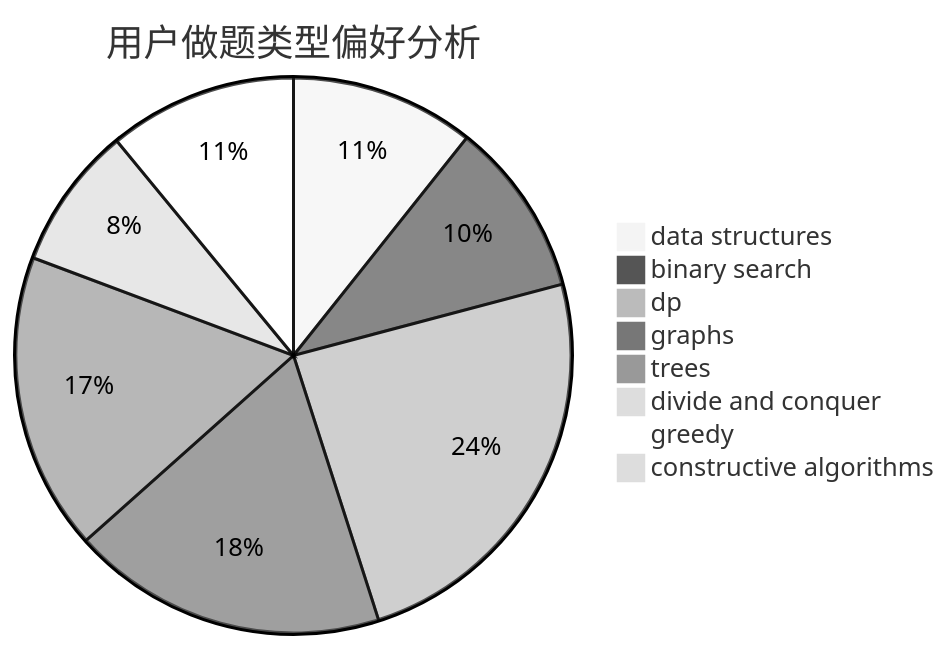
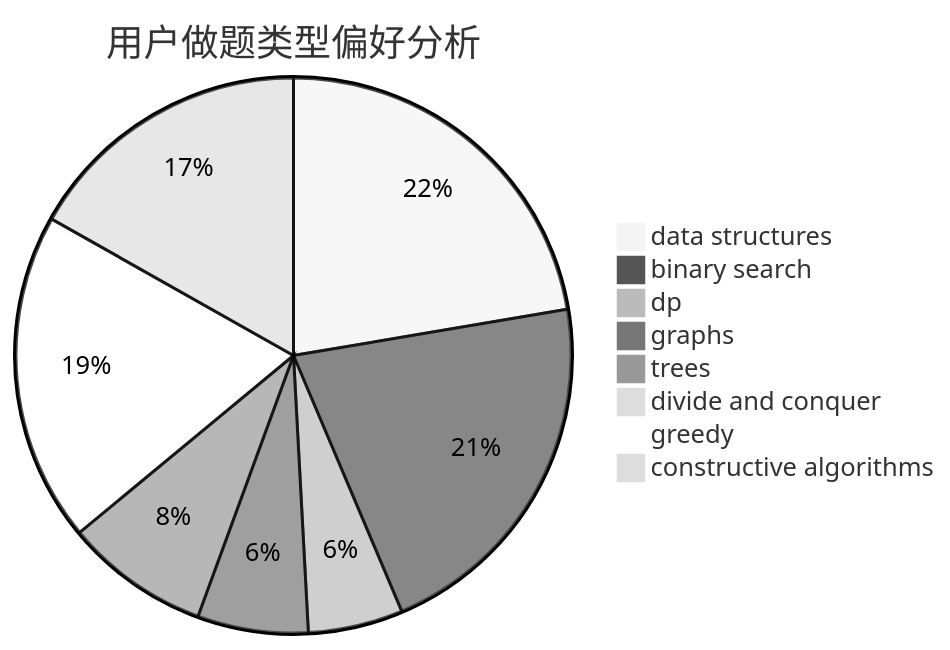
One commit to sherpahu/cfrs.github.io changed the second of 3 diagrams in docs/user/u205.md. Above: the diagram before and after it, drawn with Mermaid (neutral theme). The commit also changed other lines of this file and 2770 other files, not shown here.

````diff
--- a/docs/user/u205.md
+++ b/docs/user/u205.md
@@ -23,11 +23,11 @@
 ```mermaid
 pie title 用户做题类型偏好分析
-    "data structures" :  81
-    "binary search" :  77
-    "dp" :  183
-    "graphs" :  139
-    "trees" :  131
-    "divide and conquer" :  63
-    "greedy" :  83
-    "constructive algorithms" :  1
+    "data structures" :  170
+    "binary search" :  162
+    "dp" :  42
+    "graphs" :  49
+    "trees" :  64
+    "divide and conquer" :  0
+    "greedy" :  146
+    "constructive algorithms" :  128
 ```
````
